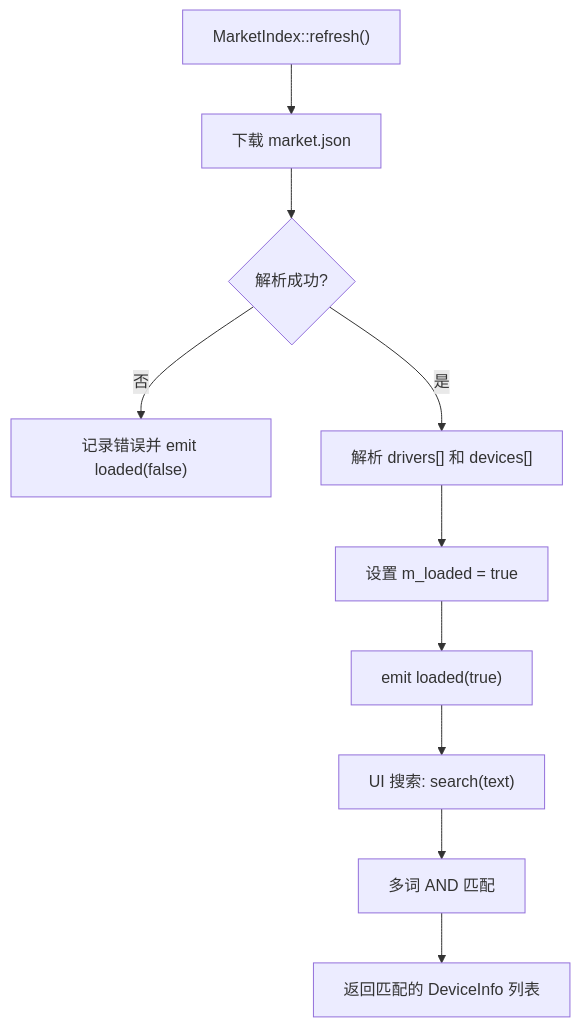
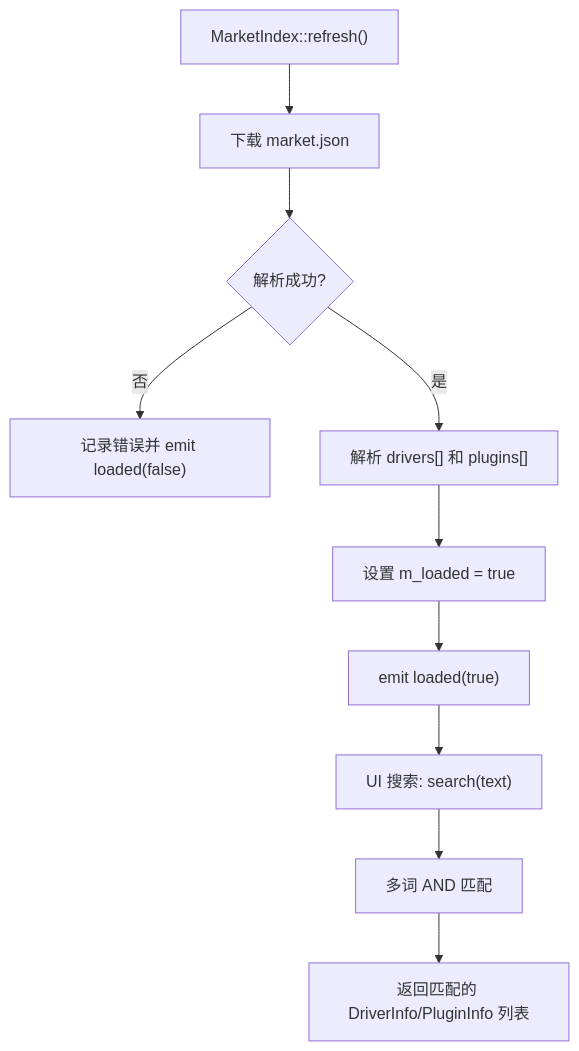
The seventh of 9 diagrams in .qoder/repowiki/zh/content/架构设计/驱动系统方案.md (jakecai1225-design/OpenBus), drawn with Mermaid before and after one commit. The commit also changed other lines of this file and 70 other files, not shown here.

````diff
--- a/.qoder/repowiki/zh/content/架构设计/驱动系统方案.md
+++ b/.qoder/repowiki/zh/content/架构设计/驱动系统方案.md
@@ -268,12 +261,12 @@
 ```mermaid
 flowchart TD
 A["MarketIndex::refresh()"] --> B["下载 market.json"]
 B --> C{"解析成功?"}
 C -- 否 --> D["记录错误并 emit loaded(false)"]
-C -- 是 --> E["解析 drivers[] 和 devices[]"]
+C -- 是 --> E["解析 drivers[] 和 plugins[]"]
 E --> F["设置 m_loaded = true"]
 F --> G["emit loaded(true)"]
 G --> H["UI 搜索: search(text)"]
 H --> I["多词 AND 匹配"]
-I --> J["返回匹配的 DeviceInfo 列表"]
+I --> J["返回匹配的 DriverInfo/PluginInfo 列表"]
 ```
````
